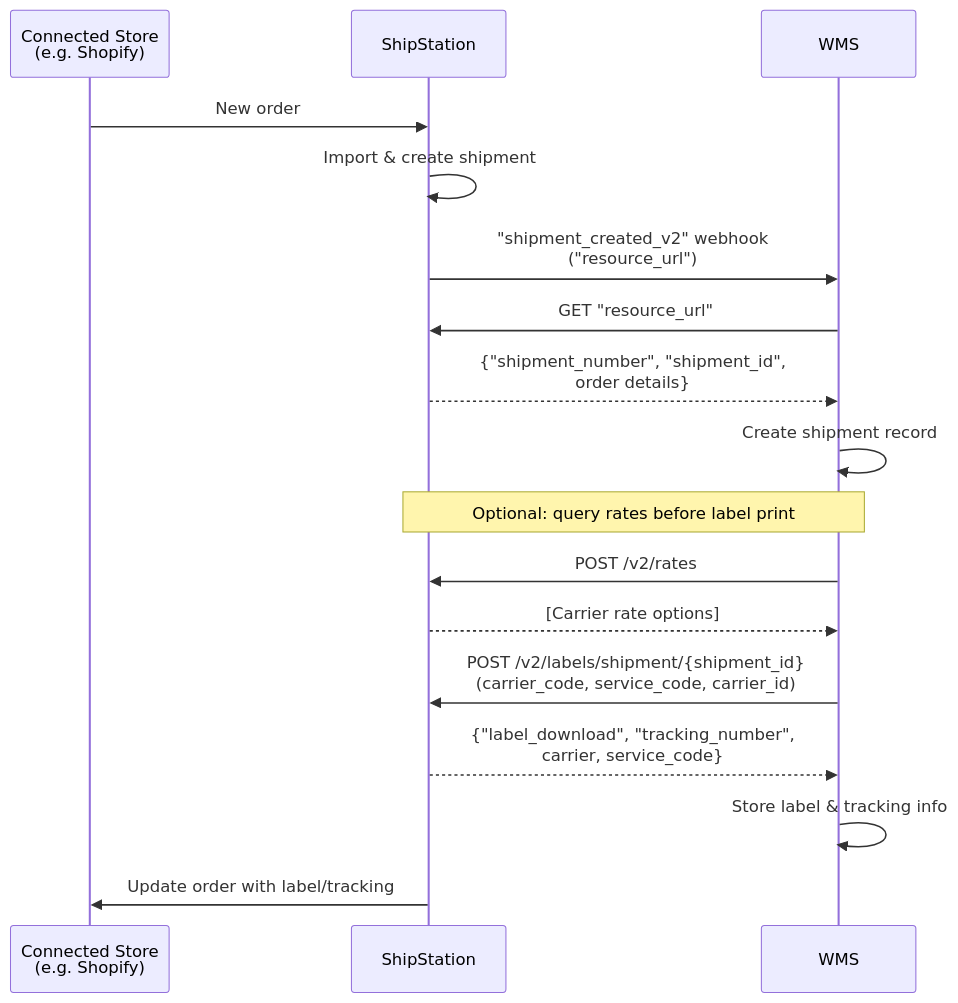
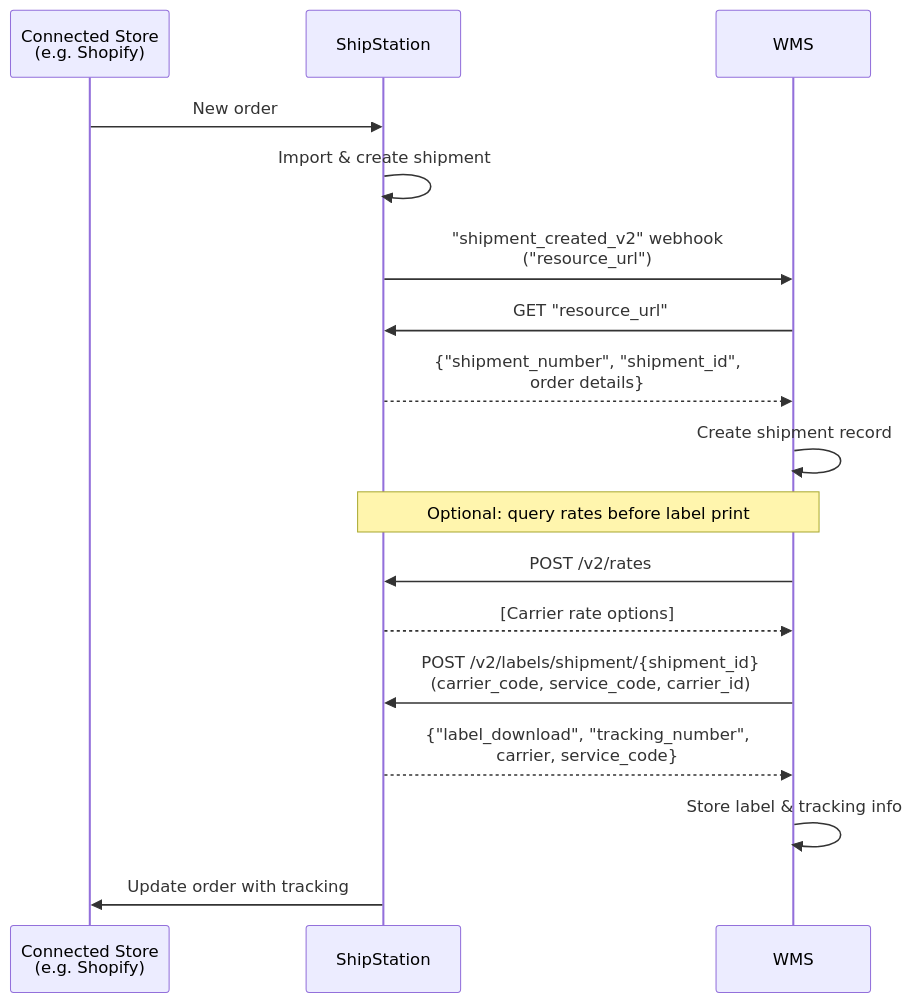
One commit to pmcgee-personal/shipstation-integration-toolkit changed the diagram in patterns/order-import-wms-label-print.md. Above: the diagram before and after it, drawn with Mermaid. The commit also changed other lines of this file, not shown here.

Commit message:
update: wms-label pattern

````diff
--- a/patterns/order-import-wms-label-print.md
+++ b/patterns/order-import-wms-label-print.md
@@ -9,24 +9,24 @@
 ```mermaid
 sequenceDiagram
     participant Store as Connected Store<br/>(e.g. Shopify)
     participant SS as ShipStation
     participant WMS as WMS
 
     Store->>SS: New order
     SS->>SS: Import & create shipment
 
     SS->>WMS: "shipment_created_v2" webhook<br/>("resource_url")
     WMS->>SS: GET "resource_url"
     SS-->>WMS: {"shipment_number", "shipment_id",<br/>order details}
     WMS->>WMS: Create shipment record
 
     Note over WMS,SS: Optional: query rates before label print
     WMS->>SS: POST /v2/rates
     SS-->>WMS: [Carrier rate options]
 
     WMS->>SS: POST /v2/labels/shipment/{shipment_id}<br/>(carrier_code, service_code, carrier_id)
     SS-->>WMS: {"label_download", "tracking_number",<br/>carrier, service_code}
     WMS->>WMS: Store label & tracking info
 
-    SS->>Store: Update order with label/tracking
+    SS->>Store: Update order with tracking
 ```
````
